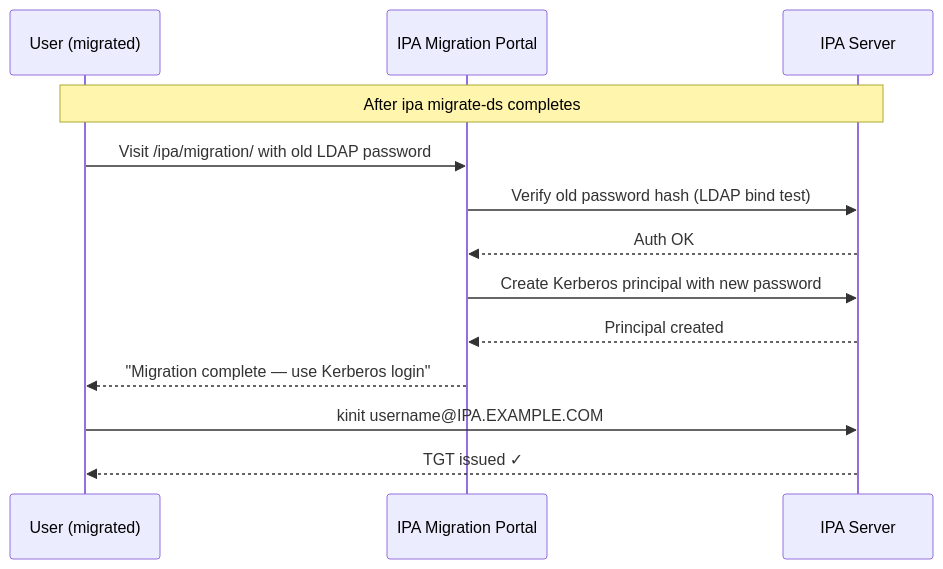
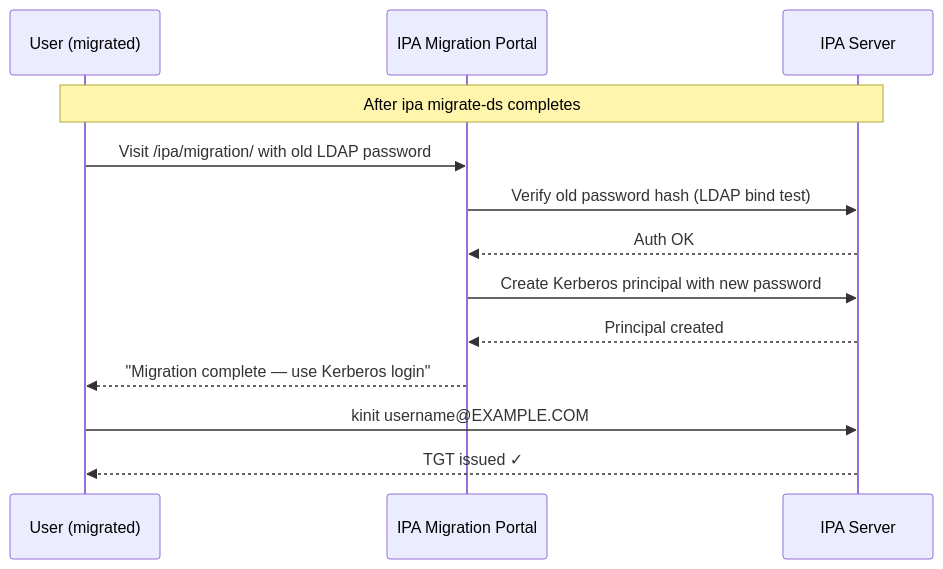
One commit to UncleJS/course_FreeIPA changed the sixth of 8 diagrams in 15_upgrade_migration.md. Above: the diagram before and after it, drawn with Mermaid. The commit also changed other lines of this file and 22 other files, not shown here.

````diff
--- a/15_upgrade_migration.md
+++ b/15_upgrade_migration.md
@@ -488,16 +488,16 @@
 ```mermaid
 sequenceDiagram
     participant U as User (migrated)
     participant WEB as IPA Migration Portal
     participant IPA as IPA Server
 
     Note over U,IPA: After ipa migrate-ds completes
     U->>WEB: Visit /ipa/migration/ with old LDAP password
     WEB->>IPA: Verify old password hash (LDAP bind test)
     IPA-->>WEB: Auth OK
     WEB->>IPA: Create Kerberos principal with new password
     IPA-->>WEB: Principal created
     WEB-->>U: "Migration complete — use Kerberos login"
-    U->>IPA: kinit username@IPA.EXAMPLE.COM
+    U->>IPA: kinit username@EXAMPLE.COM
     IPA-->>U: TGT issued ✓
 ```
````
